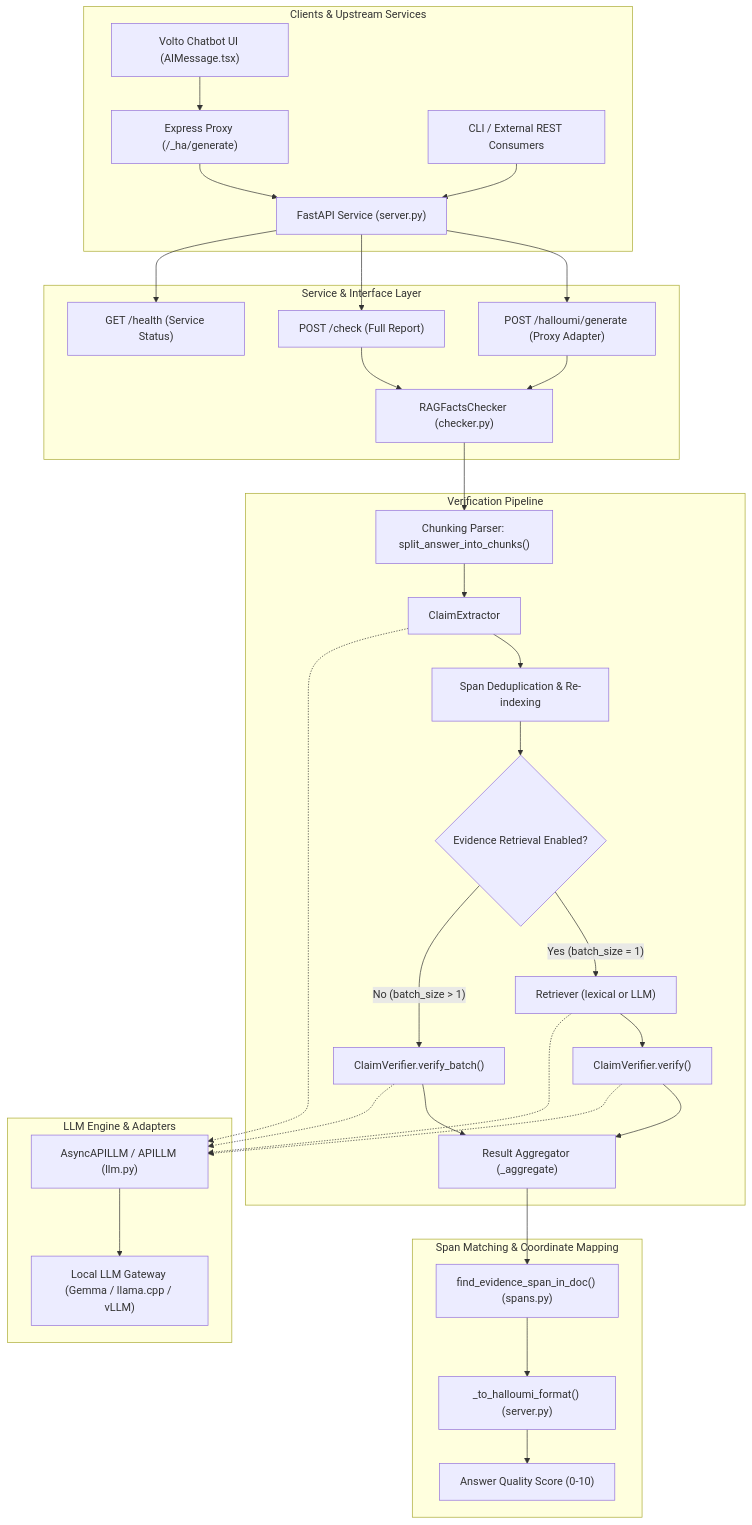
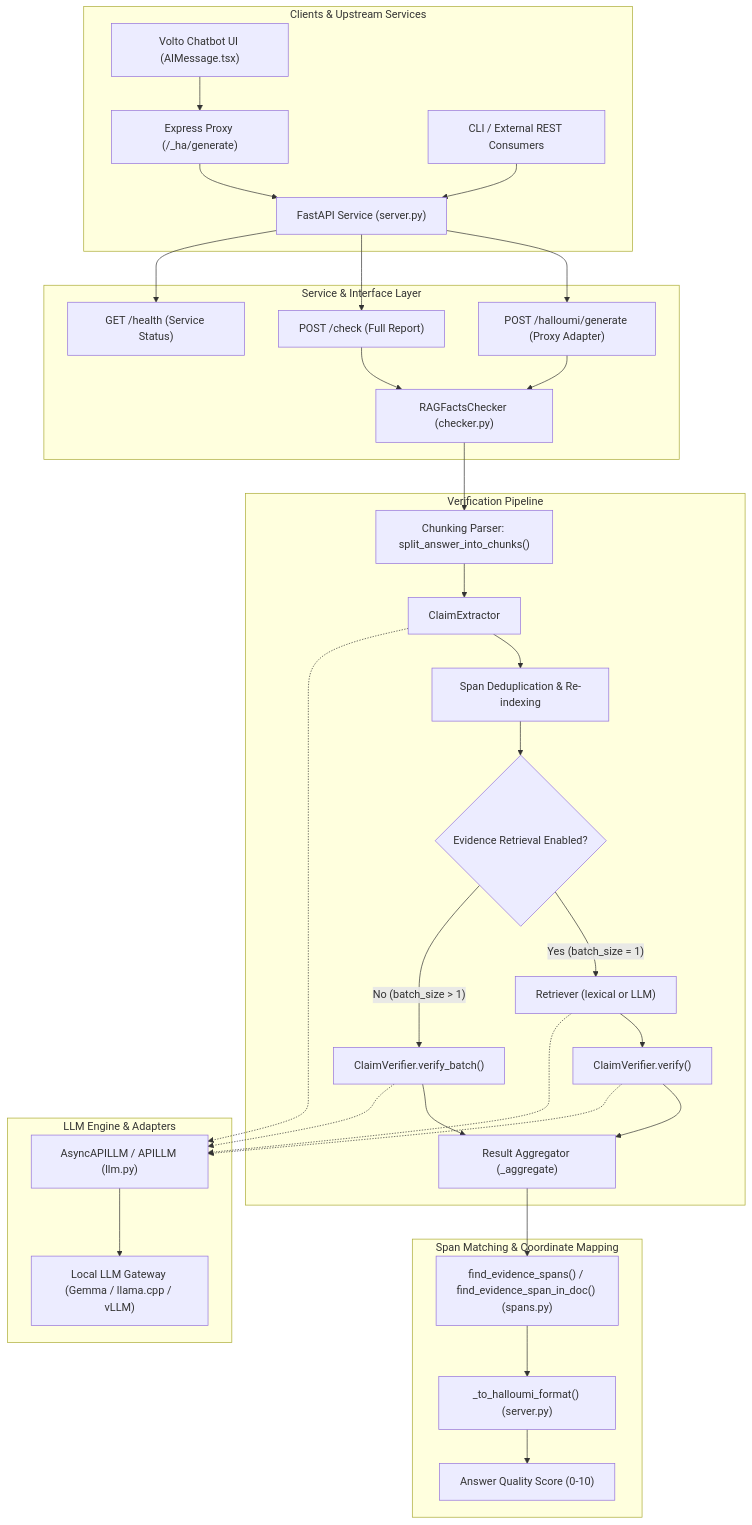
Before and after one commit to eea/rag-facts-check: the diagram in docs/architecture/architecture.md, drawn with Mermaid. The commit also changed other lines of this file and 21 other files, not shown here.

````diff
--- a/docs/architecture/architecture.md
+++ b/docs/architecture/architecture.md
@@ -17,45 +17,45 @@
 ```mermaid
 flowchart TD
     subgraph Clients["Clients & Upstream Services"]
         UI["Volto Chatbot UI (AIMessage.tsx)"]
         EXP["Express Proxy (/_ha/generate)"]
         CLI_APP["CLI / External REST Consumers"]
         UI --> EXP
         EXP --> SRV["FastAPI Service (server.py)"]
         CLI_APP --> SRV
     end
 
     subgraph ServiceLayer["Service & Interface Layer"]
         SRV --> ENDP1["POST /halloumi/generate (Proxy Adapter)"]
         SRV --> ENDP2["POST /check (Full Report)"]
         SRV --> ENDP3["GET /health (Service Status)"]
         ENDP1 --> PIPE["RAGFactsChecker (checker.py)"]
         ENDP2 --> PIPE
     end
 
     subgraph Pipeline["Verification Pipeline"]
         PIPE --> CHUNK["Chunking Parser: split_answer_into_chunks()"]
         CHUNK --> EXT["ClaimExtractor"]
         EXT --> DEDUP["Span Deduplication & Re-indexing"]
         DEDUP --> RET{"Evidence Retrieval Enabled?"}
         RET -- "Yes (batch_size = 1)" --> RETR["Retriever (lexical or LLM)"]
         RET -- "No (batch_size > 1)" --> VER["ClaimVerifier.verify_batch()"]
         RETR --> VER_SEQ["ClaimVerifier.verify()"]
         VER_SEQ --> AGG["Result Aggregator (_aggregate)"]
         VER --> AGG
     end
 
     subgraph Alignment["Span Matching & Coordinate Mapping"]
-        AGG --> SPANS["find_evidence_span_in_doc() (spans.py)"]
+        AGG --> SPANS["find_evidence_spans() / find_evidence_span_in_doc() (spans.py)"]
         SPANS --> ADAPT["_to_halloumi_format() (server.py)"]
         ADAPT --> SCORE["Answer Quality Score (0-10)"]
     end
 
     subgraph LLMAdapters["LLM Engine & Adapters"]
         EXT -.-> LLM["AsyncAPILLM / APILLM (llm.py)"]
         VER -.-> LLM
         VER_SEQ -.-> LLM
         RETR -.-> LLM
         LLM --> MODEL["Local LLM Gateway (Gemma / llama.cpp / vLLM)"]
     end
 ```
````
